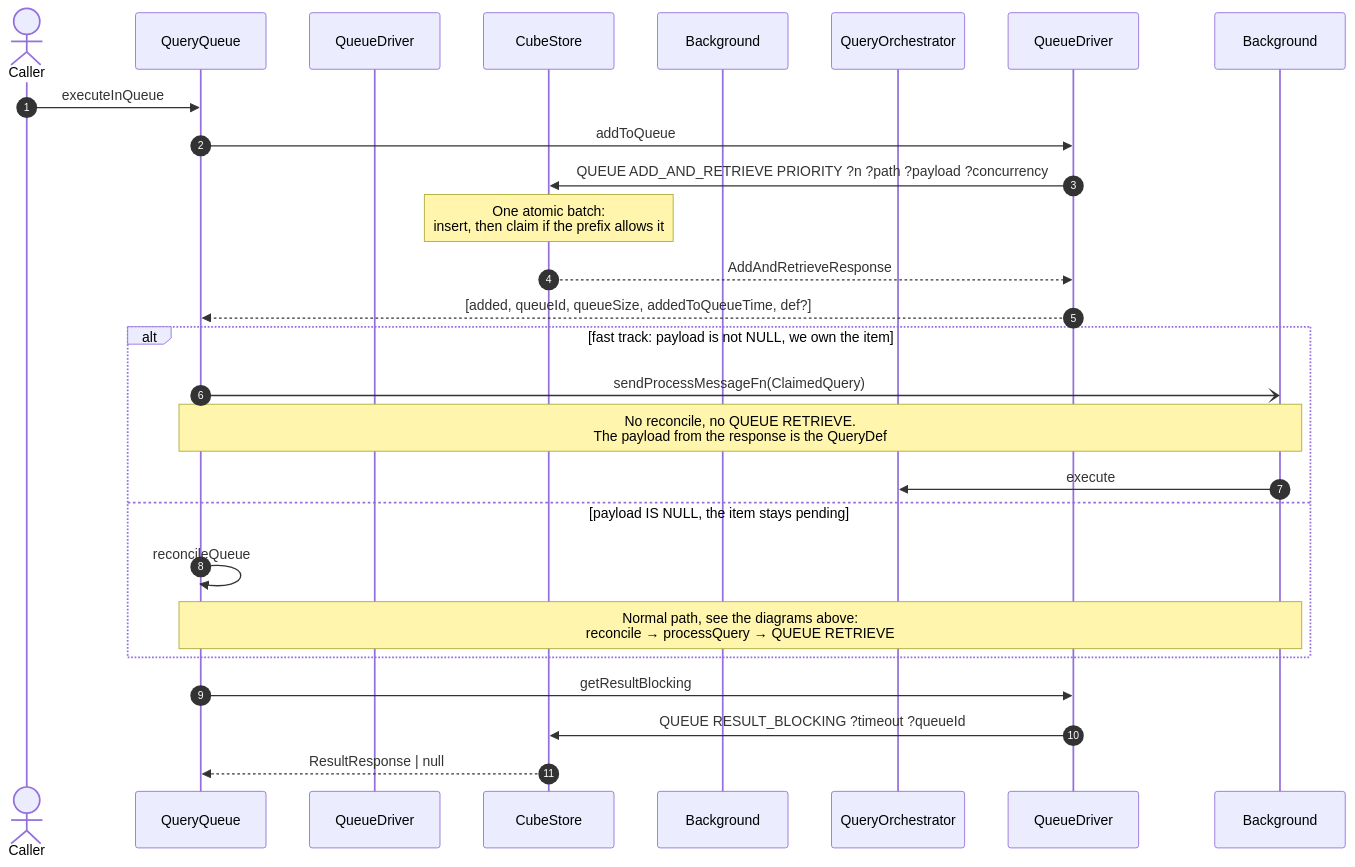
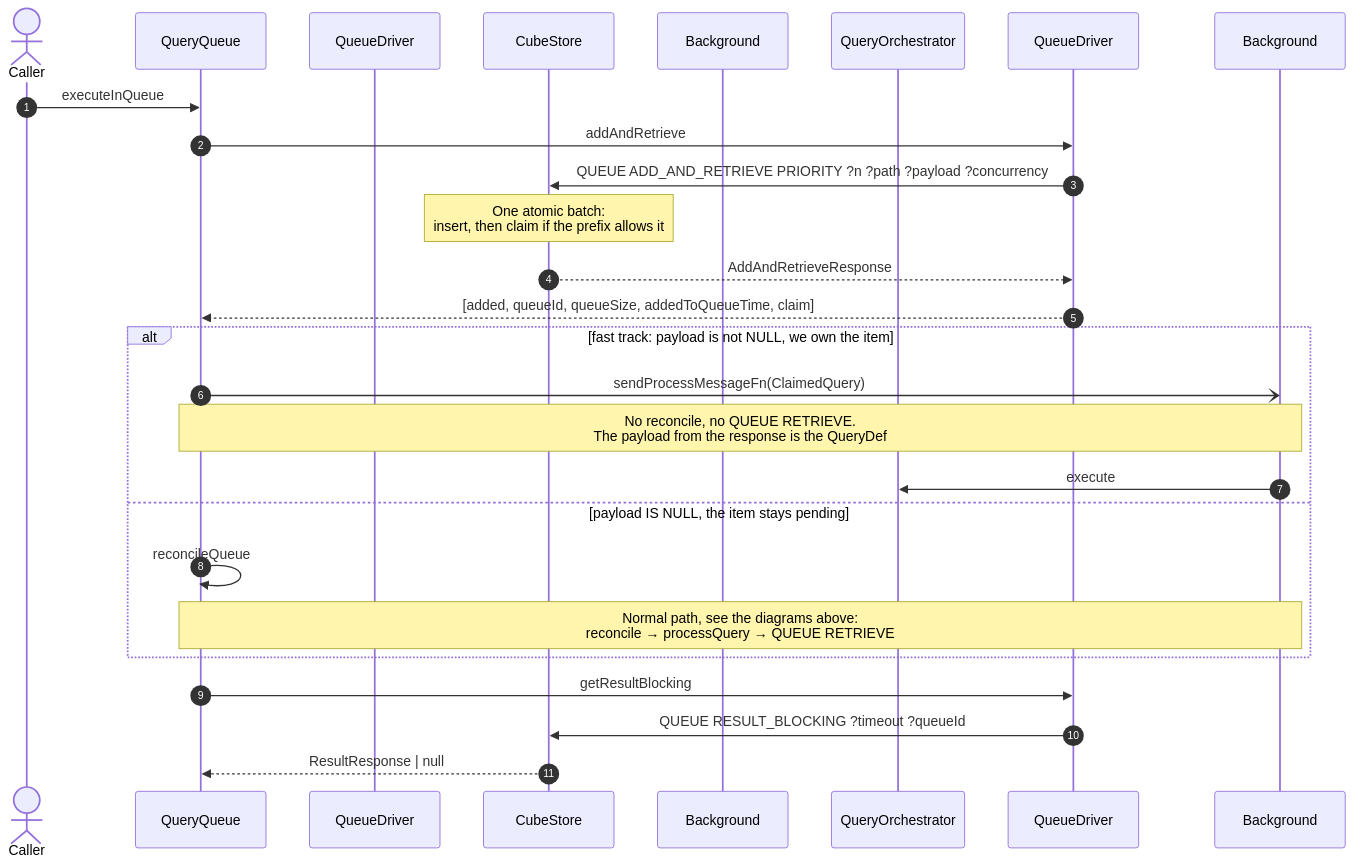
One commit to cube-js/cube changed the fourth of 4 diagrams in packages/cubejs-query-orchestrator/DEVELOPMENT.md. Above: the diagram before and after it, drawn with Mermaid. The commit also changed other lines of this file and 8 other files, not shown here.

````diff
--- a/packages/cubejs-query-orchestrator/DEVELOPMENT.md
+++ b/packages/cubejs-query-orchestrator/DEVELOPMENT.md
@@ -276,31 +276,31 @@
 ```mermaid
 sequenceDiagram
     autonumber
     actor Caller
     participant QueryQueue
     participant QueueDriverInterface as QueueDriver
     participant CubeStore
     participant BackgroundQueryQueue as Background
     participant QueryOrchestrator
 
     Caller->>QueryQueue: executeInQueue
-    QueryQueue->>QueueDriver: addToQueue
+    QueryQueue->>QueueDriver: addAndRetrieve
 
     QueueDriver->>CubeStore: QUEUE ADD_AND_RETRIEVE PRIORITY ?n ?path ?payload ?concurrency
     Note over CubeStore: One atomic batch:<br/>insert, then claim if the prefix allows it
     CubeStore-->>QueueDriver: AddAndRetrieveResponse
-    QueueDriver-->>QueryQueue: [added, queueId, queueSize, addedToQueueTime, def?]
+    QueueDriver-->>QueryQueue: [added, queueId, queueSize, addedToQueueTime, claim]
 
     alt fast track: payload is not NULL, we own the item
         QueryQueue-)Background: sendProcessMessageFn(ClaimedQuery)
         Note over QueryQueue,Background: No reconcile, no QUEUE RETRIEVE.<br/>The payload from the response is the QueryDef
         Background->>QueryOrchestrator: execute
     else payload IS NULL, the item stays pending
         QueryQueue->>QueryQueue: reconcileQueue
         Note over QueryQueue,Background: Normal path, see the diagrams above:<br/>reconcile → processQuery → QUEUE RETRIEVE
     end
 
     QueryQueue->>QueueDriver: getResultBlocking
     QueueDriver->>CubeStore: QUEUE RESULT_BLOCKING ?timeout ?queueId
     CubeStore-->>QueryQueue: ResultResponse | null
 ```
````
